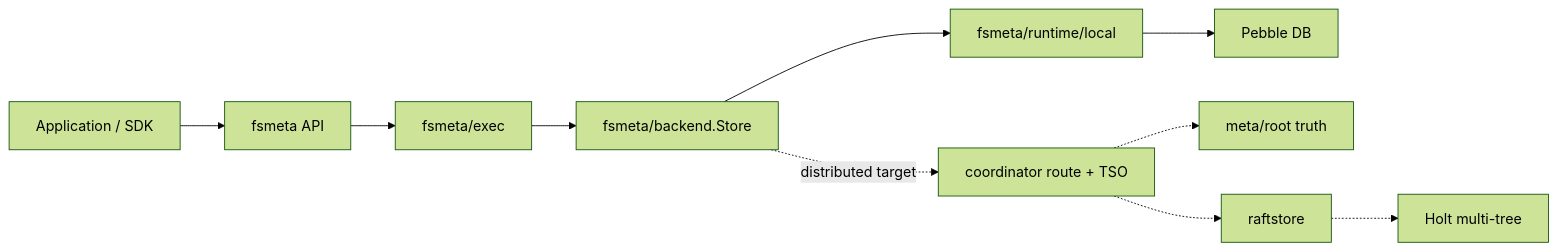
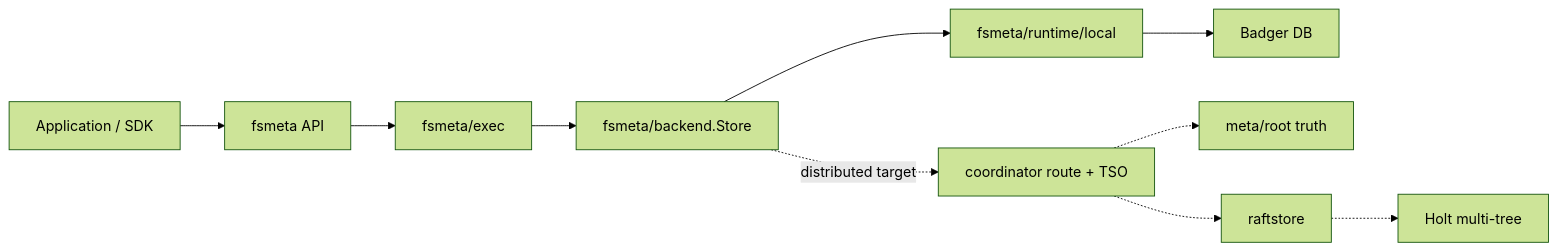
The diagram in docs/guide/architecture.md (feichai0017/NoKV), drawn with Mermaid (forest theme) before and after one commit. The commit also changed other lines of this file and 104 other files, not shown here.

````diff
--- a/docs/guide/architecture.md
+++ b/docs/guide/architecture.md
@@ -38,12 +38,12 @@
 ```mermaid
 flowchart LR
     Client["Application / SDK"] --> API["fsmeta API"]
     API --> Exec["fsmeta/exec"]
     Exec --> Backend["fsmeta/backend.Store"]
     Backend --> Local["fsmeta/runtime/local"]
-    Local --> Pebble["Pebble DB"]
+    Local --> Badger["Badger DB"]
     Backend -. "distributed target" .-> Coord["coordinator route + TSO"]
     Coord -.-> Root["meta/root truth"]
     Coord -.-> Rust["raftstore"]
     Rust -.-> Holt["Holt multi-tree"]
 ```
````
